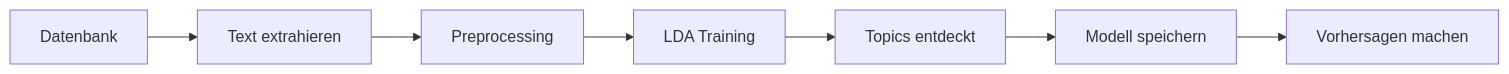
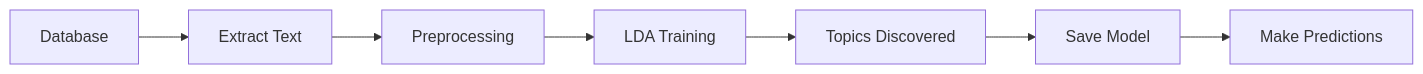
The diagram in README.md (Vaios-Pechlevanidis/EPA-Bachelorarbeit), drawn with Mermaid before and after one commit. The commit also changed other lines of this file and 1 other file, not shown here.

````diff
--- a/README.md
+++ b/README.md
@@ -425,9 +425,9 @@
 ```mermaid
 graph LR
-    A[Datenbank] --> B[Text extrahieren]
+    A[Database] --> B[Extract Text]
     B --> C[Preprocessing]
     C --> D[LDA Training]
-    D --> E[Topics entdeckt]
-    E --> F[Modell speichern]
-    F --> G[Vorhersagen machen]
+    D --> E[Topics Discovered]
+    E --> F[Save Model]
+    F --> G[Make Predictions]
 ```
````
